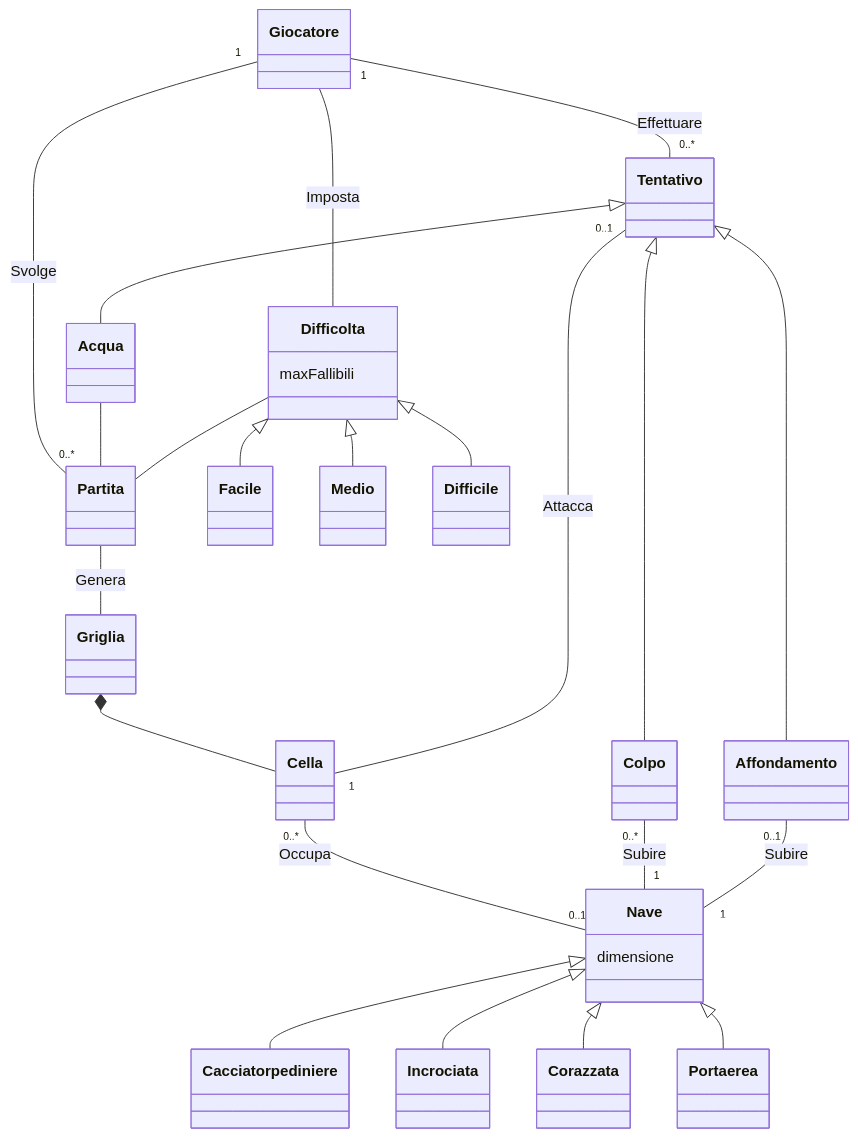
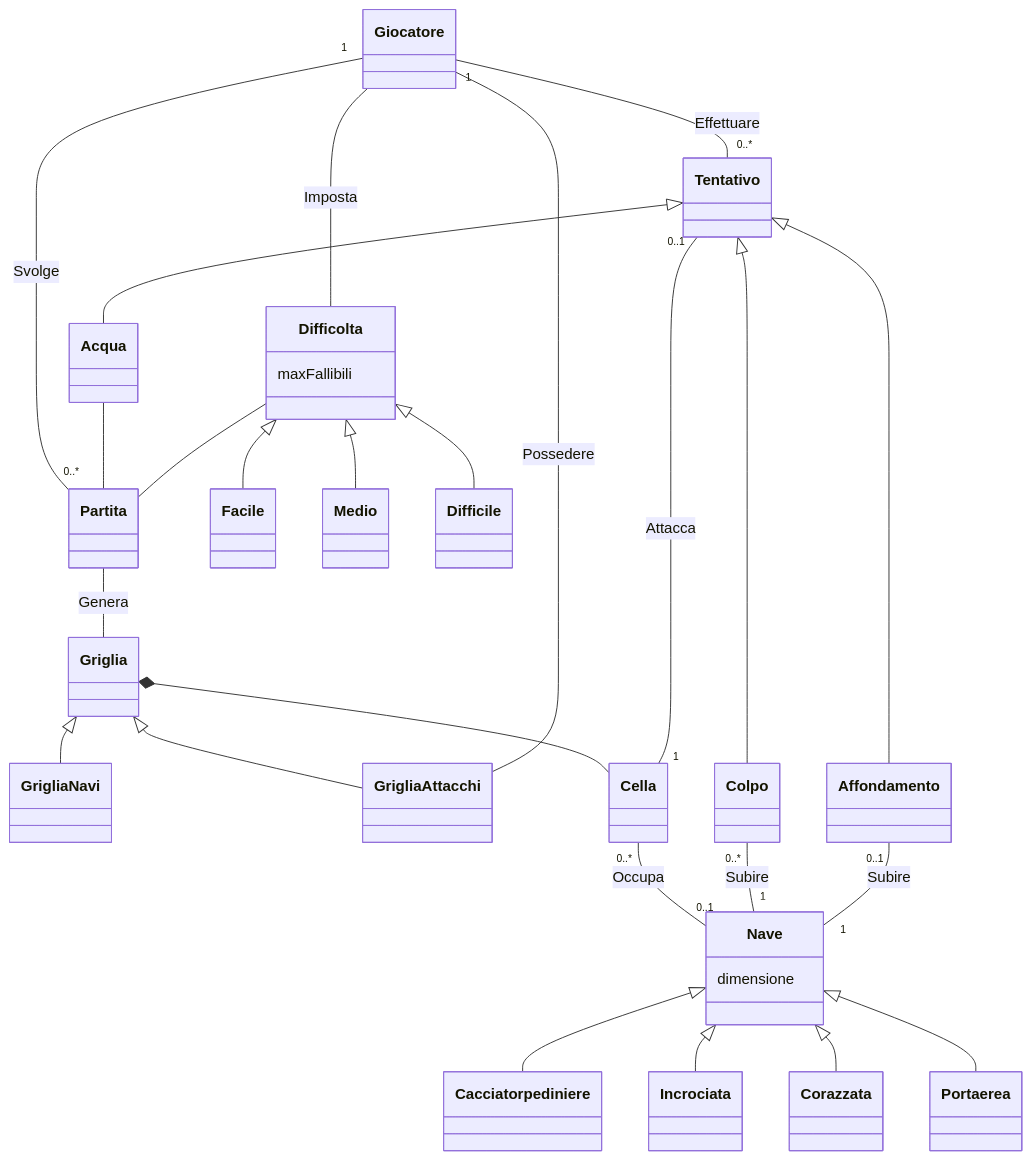
Before and after one commit to softeng2223-inf-uniba/progetto2223-thacker: the diagram in docs/Report.md, drawn with Mermaid.

Commit message:
Aggiunta generalizzazione per Griglia in Modello di dominio e relative associazioni

````diff
--- a/docs/Report.md
+++ b/docs/Report.md
@@ -7,42 +7,46 @@
 ```mermaid
     
     classDiagram
         
         Giocatore "1" -- "0..*" Tentativo : Effettuare
         Giocatore "1" -- "0..*" Partita : Svolge
         Giocatore -- Difficolta : Imposta
+        
+        Griglia <|-- GrigliaNavi
+        Griglia <|-- GrigliaAttacchi
+
+        Giocatore -- GrigliaAttacchi : Possedere
 
         Partita -- Griglia : Genera
         Griglia *-- Cella
         Cella "0..*" -- "0..1" Nave : Occupa
         Tentativo "0..1" -- "1" Cella : Attacca
-
 
         Nave <|-- Cacciatorpediniere
         Nave <|-- Incrociata
         Nave <|-- Corazzata
         Nave <|-- Portaerea
         
         Tentativo <|-- Acqua
         Tentativo <|-- Colpo
         Tentativo <|-- Affondamento
 
         Acqua -- Partita
         Colpo "0..*" -- "1" Nave : Subire
         Affondamento "0..1" -- "1" Nave : Subire
 
         Difficolta -- Partita
         Difficolta <|-- Facile
         Difficolta <|-- Medio
         Difficolta <|-- Difficile
 
         class Nave{
             dimensione
         }
 
         class Difficolta{
             maxFallibili
         }
 
 
 ```
````
